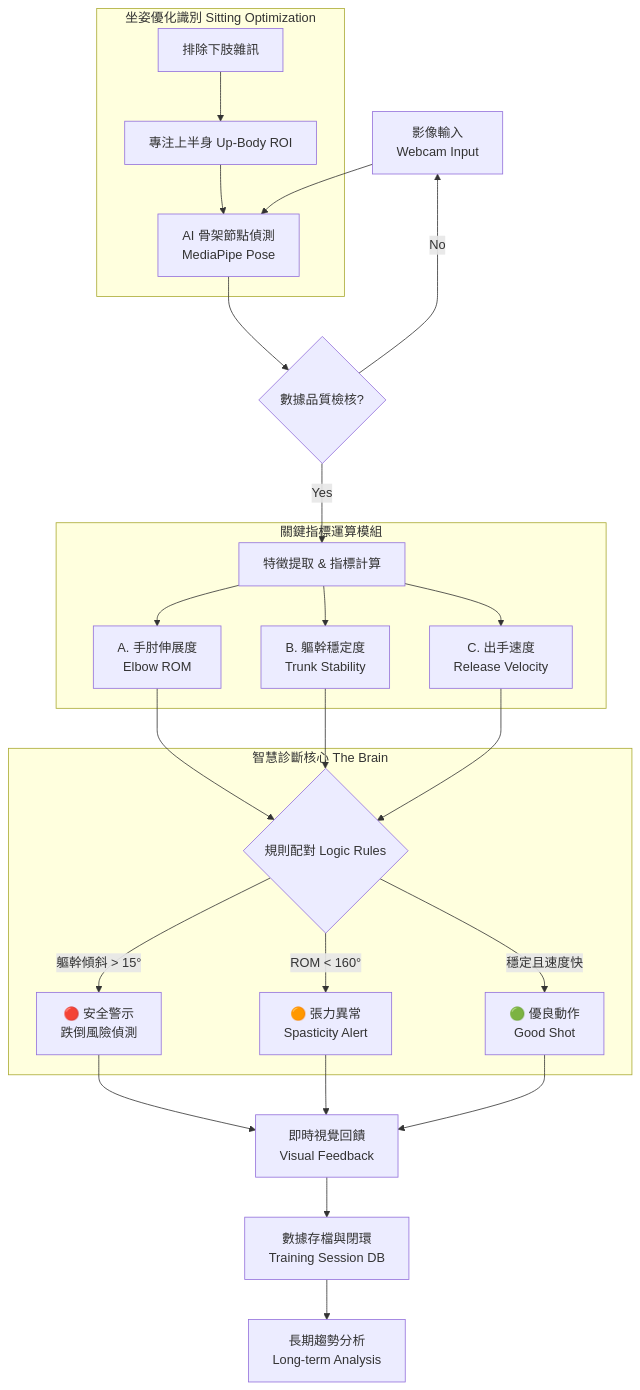
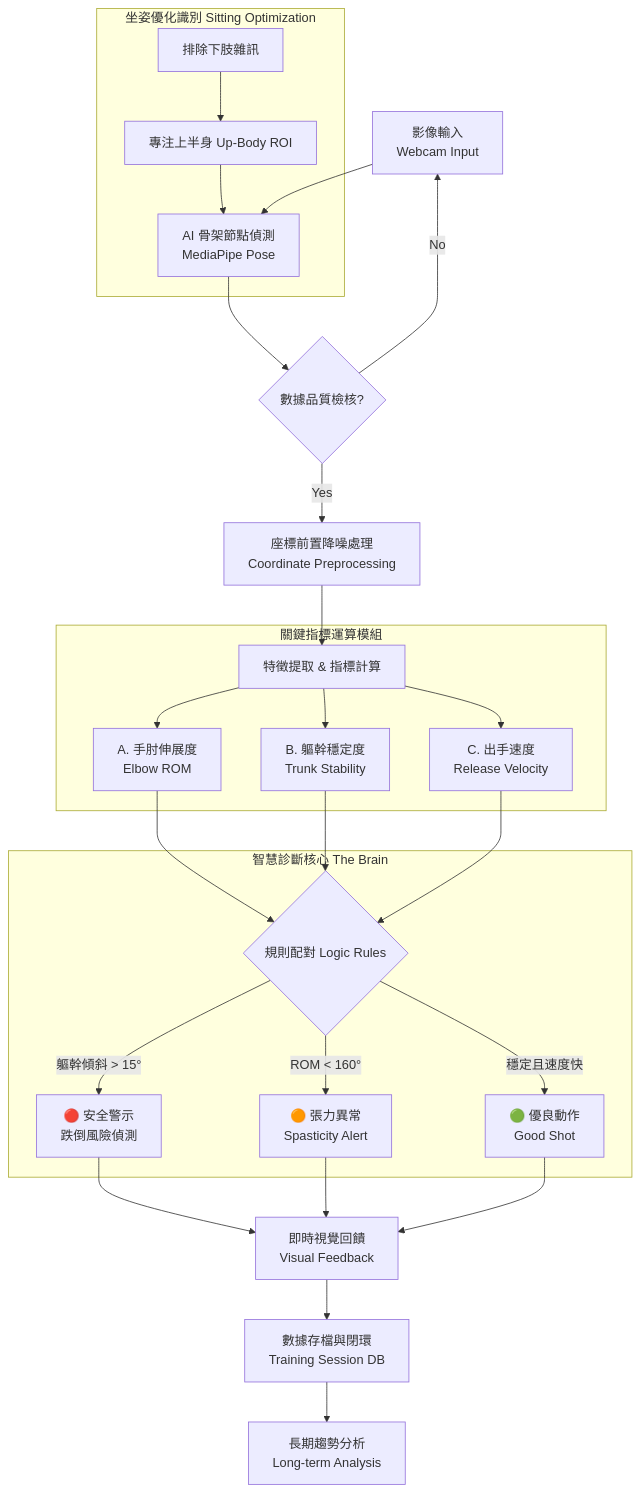
The first of 2 diagrams in floor-curling-app/docs/patent_materials.md (secrects2/Daoli2026), drawn with Mermaid before and after one commit. The commit also changed other lines of this file and 12 other files, not shown here.

````diff
--- a/floor-curling-app/docs/patent_materials.md
+++ b/floor-curling-app/docs/patent_materials.md
@@ -8,35 +8,36 @@
 ```mermaid
 graph TD
     A[影像輸入<br>Webcam Input] --> B[AI 骨架節點偵測<br>MediaPipe Pose]
     B --> C{數據品質檢核?}
     C -->|No| A
-    C -->|Yes| D[特徵提取 & 指標計算]
+    C -->|Yes| PRE[座標前置降噪處理<br>Coordinate Preprocessing]
+    PRE --> D[特徵提取 & 指標計算]
     
     subgraph Metrics [關鍵指標運算模組]
     D --> E[A. 手肘伸展度<br>Elbow ROM]
     D --> F[B. 軀幹穩定度<br>Trunk Stability]
     D --> G[C. 出手速度<br>Release Velocity]
     end
     
     subgraph Brain [智慧診斷核心 The Brain]
     E --> H{規則配對 Logic Rules}
     F --> H
     G --> H
     
     H -->|軀幹傾斜 > 15°| I[🔴 安全警示<br>跌倒風險偵測]
     H -->|ROM < 160°| J[🟠 張力異常<br>Spasticity Alert]
     H -->|穩定且速度快| K[🟢 優良動作<br>Good Shot]
     end
     
     I --> L[即時視覺回饋<br>Visual Feedback]
     J --> L
     K --> L
     
     L --> M[數據存檔與閉環<br>Training Session DB]
     M --> N[長期趨勢分析<br>Long-term Analysis]
 
     subgraph Optimize [坐姿優化識別 Sitting Optimization]
     O[排除下肢雜訊] --> P[專注上半身 Up-Body ROI]
     P --> B
     end
 ```
````
